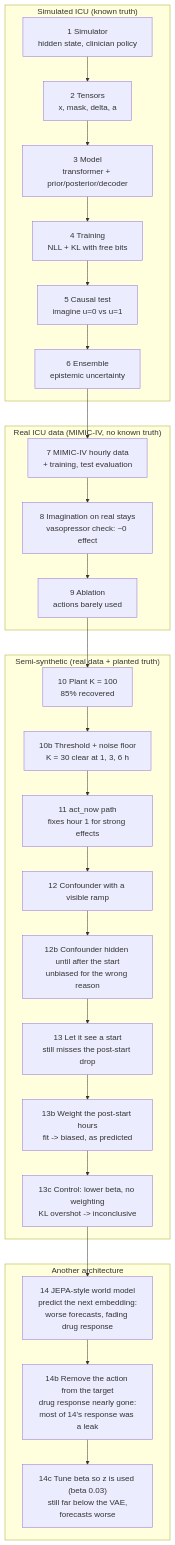
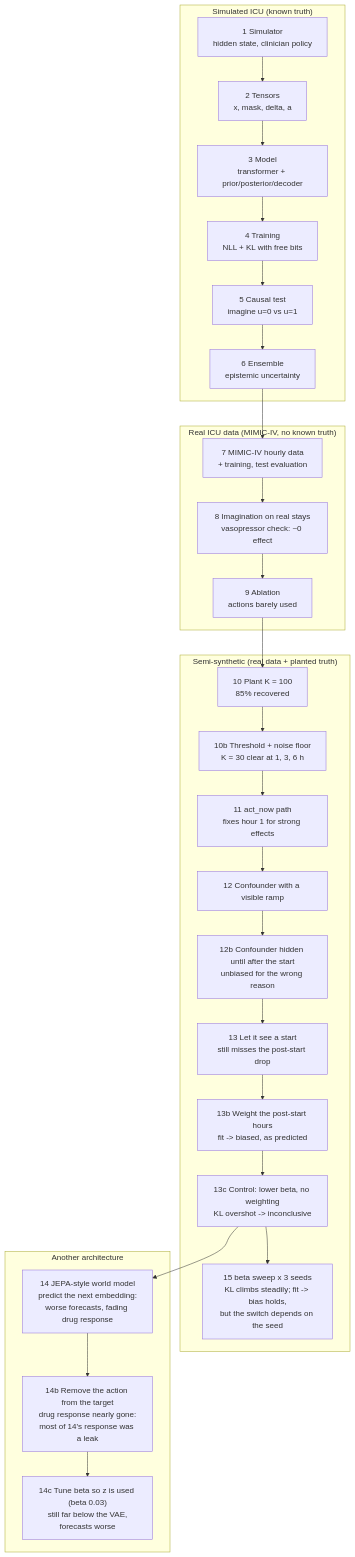
The second of 4 diagrams in docs/JOURNEY.md (seyedhasanmirhoseini1367/icu-world-model), drawn with Mermaid before and after one commit. The commit also changed other lines of this file and 42 other files, not shown here.

First line of the commit message:
Stage 15 results: beta sweep x 3 seeds, verdict "partly"

````diff
--- a/docs/JOURNEY.md
+++ b/docs/JOURNEY.md
@@ -90,31 +101,32 @@
 ```mermaid
 flowchart TD
     subgraph SIM["Simulated ICU (known truth)"]
         S1["1 Simulator<br/>hidden state, clinician policy"] --> S2["2 Tensors<br/>x, mask, delta, a"]
         S2 --> S3["3 Model<br/>transformer + prior/posterior/decoder"]
         S3 --> S4["4 Training<br/>NLL + KL with free bits"]
         S4 --> S5["5 Causal test<br/>imagine u=0 vs u=1"]
         S5 --> S6["6 Ensemble<br/>epistemic uncertainty"]
     end
     subgraph REAL["Real ICU data (MIMIC-IV, no known truth)"]
         S7["7 MIMIC-IV hourly data<br/>+ training, test evaluation"] --> S8["8 Imagination on real stays<br/>vasopressor check: ~0 effect"]
         S8 --> S9["9 Ablation<br/>actions barely used"]
     end
     subgraph SEMI["Semi-synthetic (real data + planted truth)"]
         S10["10 Plant K = 100<br/>85% recovered"] --> S10b["10b Threshold + noise floor<br/>K = 30 clear at 1, 3, 6 h"]
         S10b --> S11["11 act_now path<br/>fixes hour 1 for strong effects"]
         S11 --> S12["12 Confounder with a visible ramp"]
         S12 --> S12b["12b Confounder hidden until after the start<br/>unbiased for the wrong reason"]
         S12b --> S13["13 Let it see a start<br/>still misses the post-start drop"]
         S13 --> S13b["13b Weight the post-start hours<br/>fit -> biased, as predicted"]
         S13b --> S13c["13c Control: lower beta, no weighting<br/>KL overshot -> inconclusive"]
+        S13c --> S15["15 beta sweep x 3 seeds<br/>KL climbs steadily; fit -> bias holds,<br/>but the switch depends on the seed"]
     end
     subgraph ARCH["Another architecture"]
         S14["14 JEPA-style world model<br/>predict the next embedding:<br/>worse forecasts, fading drug response"]
         S14 --> S14b["14b Remove the action from the target<br/>drug response nearly gone:<br/>most of 14's response was a leak"]
         S14b --> S14c["14c Tune beta so z is used (beta 0.03)<br/>still far below the VAE,<br/>forecasts worse"]
     end
     S6 --> S7
     S9 --> S10
     S13c --> S14
 ```
````
